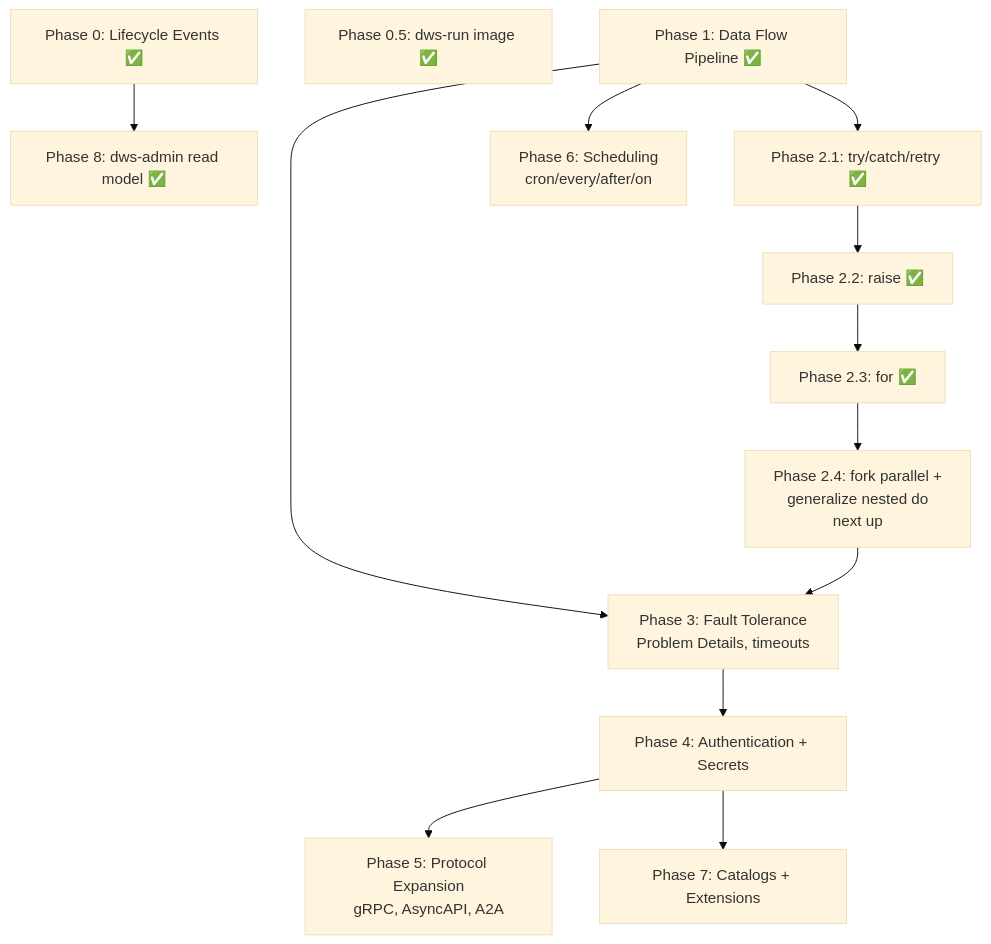
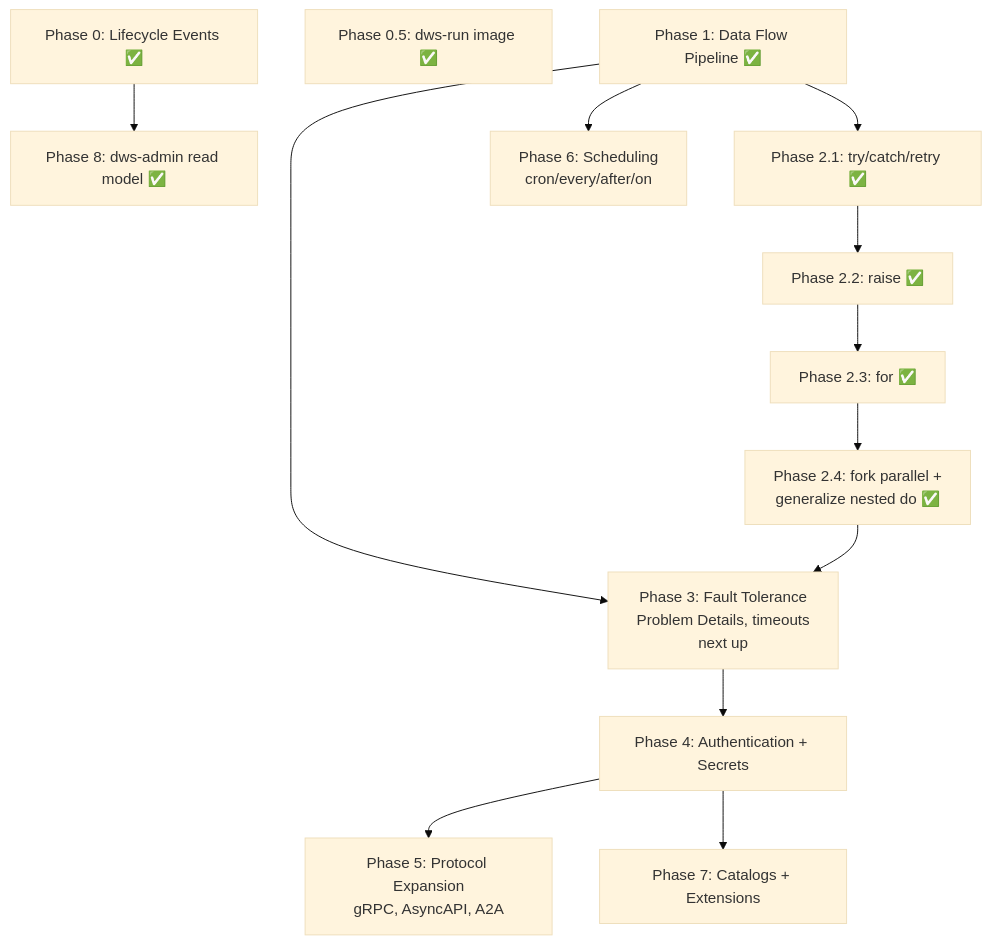
Before and after one commit to tonylibs/dapr-workflow-spec: the diagram in docs/roadmaps/openworkflow-features.md, drawn with Mermaid (base theme). The commit also changed other lines of this file and 1 other file, not shown here.

First line of the commit message:
docs: mark roadmap Phase 2 slice 2.4 (fork) done, Phase 2 complete

````diff
--- a/docs/roadmaps/openworkflow-features.md
+++ b/docs/roadmaps/openworkflow-features.md
@@ -47,15 +47,15 @@
 ```mermaid
 flowchart TD
   P0[Phase 0: Lifecycle Events ✅] --> P8[Phase 8: dws-admin read model ✅]
   P05[Phase 0.5: dws-run image ✅]
   P1[Phase 1: Data Flow Pipeline ✅] --> P2a[Phase 2.1: try/catch/retry ✅]
   P2a --> P2b[Phase 2.2: raise ✅]
   P2b --> P2c[Phase 2.3: for ✅]
-  P2c --> P2d[Phase 2.4: fork parallel +<br/>generalize nested do<br/>next up]
-  P1 --> P3[Phase 3: Fault Tolerance<br/>Problem Details, timeouts]
+  P2c --> P2d[Phase 2.4: fork parallel +<br/>generalize nested do ✅]
+  P1 --> P3[Phase 3: Fault Tolerance<br/>Problem Details, timeouts<br/>next up]
   P2d --> P3
   P3 --> P4[Phase 4: Authentication + Secrets]
   P4 --> P5[Phase 5: Protocol Expansion<br/>gRPC, AsyncAPI, A2A]
   P1 --> P6[Phase 6: Scheduling<br/>cron/every/after/on]
   P4 --> P7[Phase 7: Catalogs + Extensions]
 ```
````
